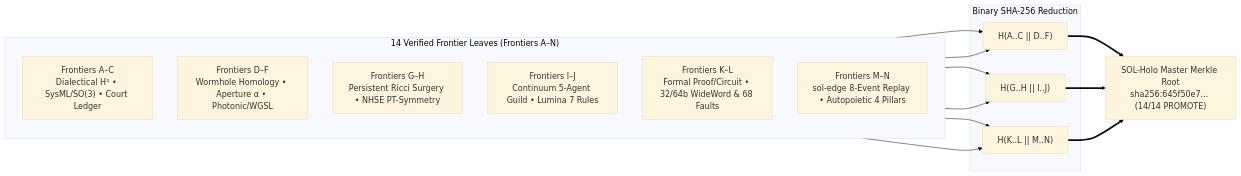
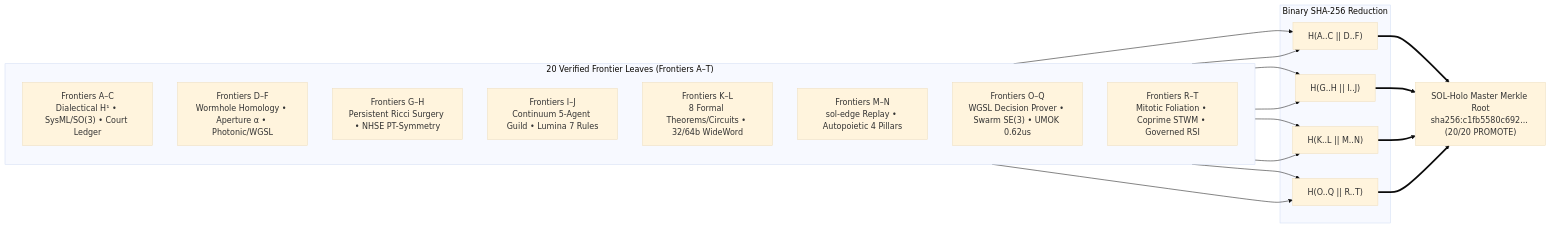
Before and after one commit to TechmanStudios/sol-holo: the third of 3 diagrams in README.md, drawn with Mermaid (base theme). The commit also changed other lines of this file and 27 other files, not shown here.

Commit message:
feat(frontiers-a-t): unify 20-Frontier (A-T) holographic master manifest, 8-run Court Ledger synthesis, and telemetry SVGs

````diff
--- a/README.md
+++ b/README.md
@@ -152,25 +150,29 @@
 ```mermaid
 flowchart LR
-    subgraph Leaves["14 Verified Frontier Leaves (Frontiers A–N)"]
+    subgraph Leaves["20 Verified Frontier Leaves (Frontiers A–T)"]
         direction TB
         LA["Frontiers A–C\nDialectical H¹ • SysML/SO(3) • Court Ledger"]
         LD["Frontiers D–F\nWormhole Homology • Aperture α • Photonic/WGSL"]
         LG["Frontiers G–H\nPersistent Ricci Surgery • NHSE PT-Symmetry"]
         LI["Frontiers I–J\nContinuum 5-Agent Guild • Lumina 7 Rules"]
-        LK["Frontiers K–L\nFormal Proof/Circuit • 32/64b WideWord & 68 Faults"]
-        LM["Frontiers M–N\nsol-edge 8-Event Replay • Autopoietic 4 Pillars"]
+        LK["Frontiers K–L\n8 Formal Theorems/Circuits • 32/64b WideWord"]
+        LM["Frontiers M–N\nsol-edge Replay • Autopoietic 4 Pillars"]
+        FO["Frontiers O–Q\nWGSL Decision Prover • Swarm SE(3) • UMOK 0.62us"]
+        FR["Frontiers R–T\nMitotic Foliation • Coprime STWM • Governed RSI"]
     end
 
     subgraph Internal["Binary SHA-256 Reduction"]
         N1["H(A..C || D..F)"]
         N2["H(G..H || I..J)"]
         N3["H(K..L || M..N)"]
+        N4["H(O..Q || R..T)"]
     end
 
-    Root["SOL-Holo Master Merkle Root\nsha256:645f50e7... (14/14 PROMOTE)"]
+    Root["SOL-Holo Master Merkle Root\nsha256:c1fb5580c692... (20/20 PROMOTE)"]
 
     LA & LD --> N1
     LG & LI --> N2
     LK & LM --> N3
-    N1 & N2 & N3 ==> Root
+    FO & FR --> N4
+    N1 & N2 & N3 & N4 ==> Root
 ```
````
